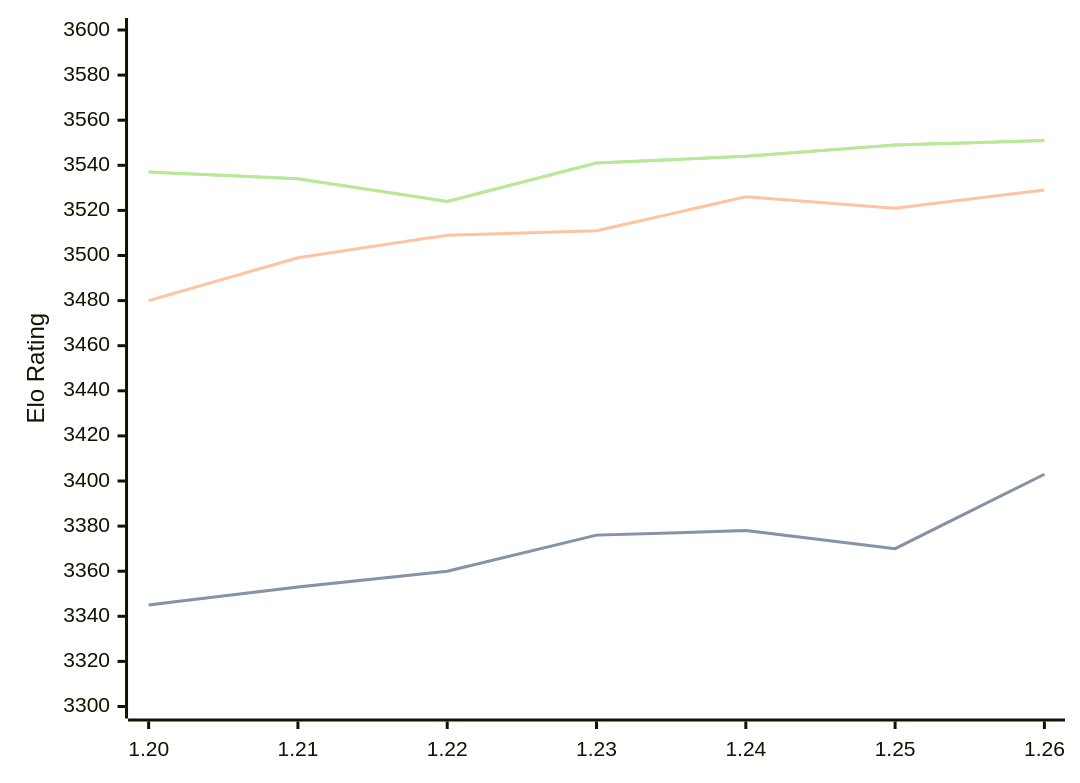
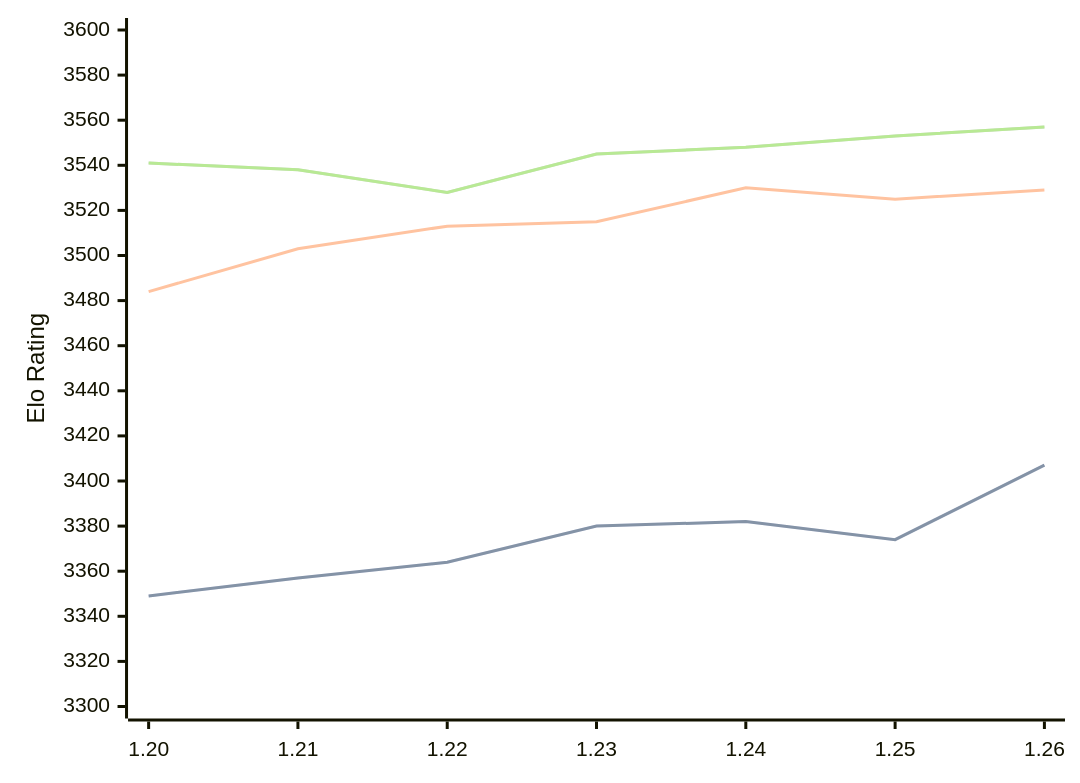
Before and after one commit to computer-chess-index/cci: the diagram in engines/Caissa.md, drawn with Mermaid. The commit also changed other lines of this file, not shown here.

Commit message:
Update CCI Ratings (ELO VLTC) - 2026-08-18

````diff
--- a/engines/Caissa.md
+++ b/engines/Caissa.md
@@ -37,11 +37,11 @@
 ```mermaid
 %%{init: {"theme":"base","themeVariables":{"seriesColors:['#a3a3a3','#222221','#faa371']}}}%%
 xychart-beta
   x-axis ["1.20", "1.21", "1.22", "1.23", "1.24", "1.25", "1.26"]
   y-axis "Elo Rating" 3300 --> 3600
-  line "STC (8.0+0.08s)" [3345, 3353, 3360, 3376, 3378, 3370, 3403]
-  line "STC (8.0+0.08s)" [3345, 3353, 3360, 3376, 3378, 3370, 3403]
-  line "LTC (60.0+0.60s)" [3480, 3499, 3509, 3511, 3526, 3521, 3529]
-  line "VLTC (2m24s+1.12s)" [3537, 3534, 3524, 3541, 3544, 3549, 3551]
-  line "VLTC (2m24s+1.12s)" [3537, 3534, 3524, 3541, 3544, 3549, 3551]
+  line "STC (8.0+0.08s)" [3349, 3357, 3364, 3380, 3382, 3374, 3407]
+  line "STC (8.0+0.08s)" [3349, 3357, 3364, 3380, 3382, 3374, 3407]
+  line "LTC (60.0+0.60s)" [3484, 3503, 3513, 3515, 3530, 3525, 3529]
+  line "VLTC (2m24s+1.12s)" [3541, 3538, 3528, 3545, 3548, 3553, 3557]
+  line "VLTC (2m24s+1.12s)" [3541, 3538, 3528, 3545, 3548, 3553, 3557]
 ```
````
